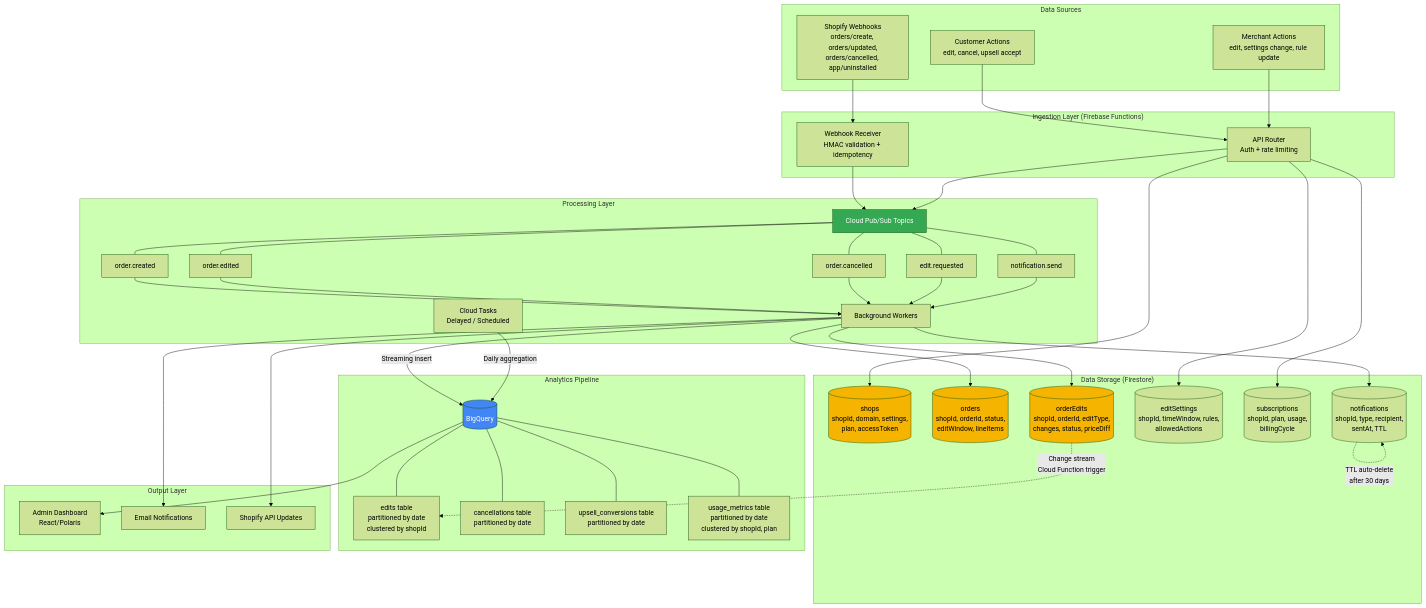
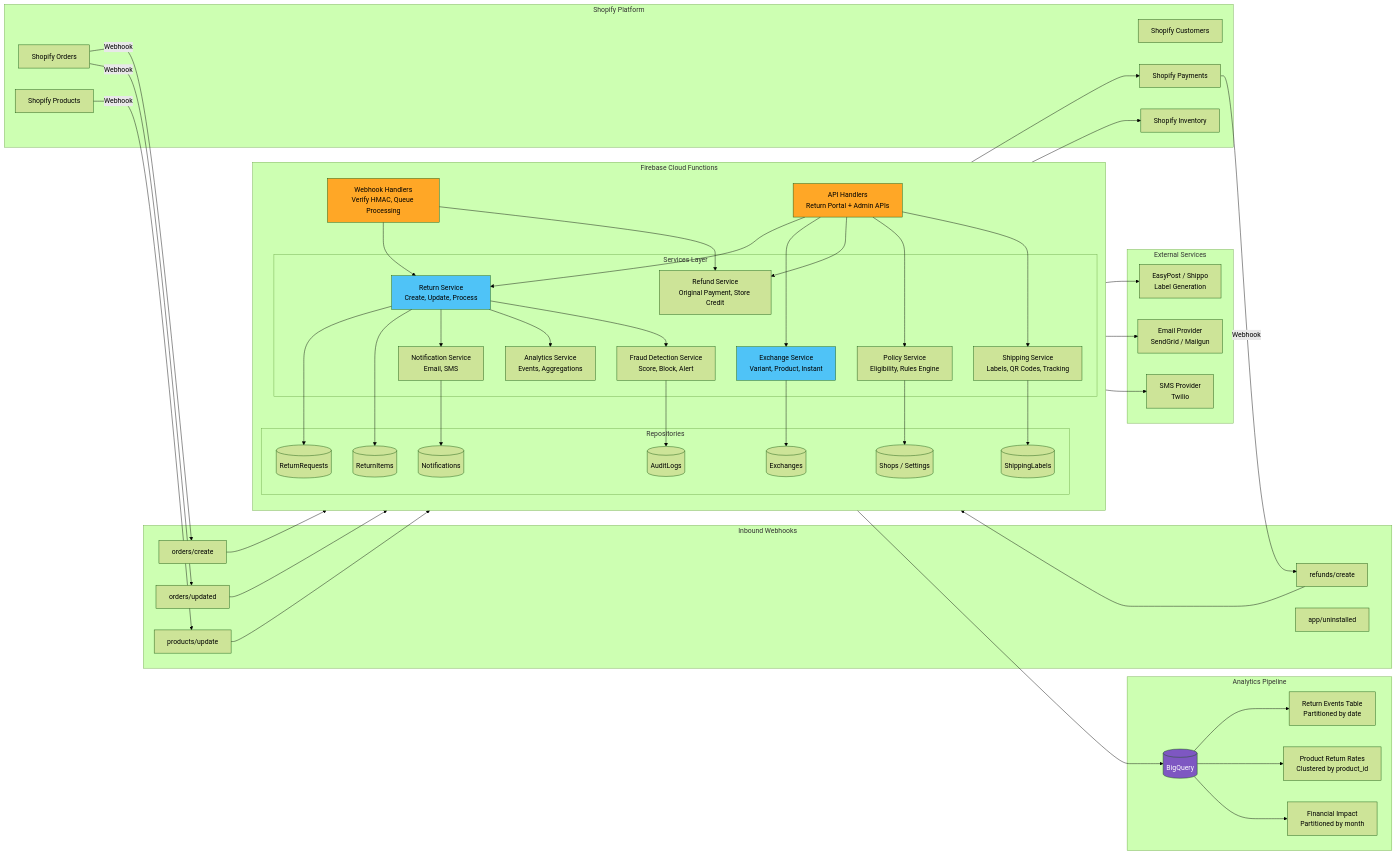
Before and after one commit to Roger-46/test: the fifth of 9 diagrams in return & exchange/research/08-diagrams.md, drawn with Mermaid (forest theme). The commit also changed other lines of this file and 14 other files, not shown here.

````diff
--- a/return & exchange/research/08-diagrams.md
+++ b/return & exchange/research/08-diagrams.md
@@ -460,90 +319,100 @@
 ```mermaid
-graph TB
-    subgraph "Data Sources"
-        SWH[Shopify Webhooks<br/>orders/create, orders/updated,<br/>orders/cancelled, app/uninstalled]
-        CUST[Customer Actions<br/>edit, cancel, upsell accept]
-        MERCH[Merchant Actions<br/>edit, settings change, rule update]
+flowchart LR
+    subgraph "Shopify Platform"
+        SO[Shopify Orders]
+        SP[Shopify Products]
+        SC[Shopify Customers]
+        SPAY[Shopify Payments]
+        SINV[Shopify Inventory]
     end
 
-    subgraph "Ingestion Layer (Firebase Functions)"
-        WHR[Webhook Receiver<br/>HMAC validation + idempotency]
-        APIR[API Router<br/>Auth + rate limiting]
+    subgraph "Inbound Webhooks"
+        WH_OC[orders/create]
+        WH_OU[orders/updated]
+        WH_RC[refunds/create]
+        WH_AU[app/uninstalled]
+        WH_PI[products/update]
     end
 
-    subgraph "Processing Layer"
-        PS[Cloud Pub/Sub Topics]
-        CT[Cloud Tasks<br/>Delayed / Scheduled]
+    subgraph "Firebase Cloud Functions"
+        direction TB
+        WH_Handler[Webhook Handlers<br/>Verify HMAC, Queue Processing]
+        API_Handler[API Handlers<br/>Return Portal + Admin APIs]
 
-        PS --- T1[order.created]
-        PS --- T2[order.edited]
-        PS --- T3[order.cancelled]
-        PS --- T4[edit.requested]
-        PS --- T5[notification.send]
+        subgraph "Services Layer"
+            RS[Return Service<br/>Create, Update, Process]
+            ES[Exchange Service<br/>Variant, Product, Instant]
+            RFS[Refund Service<br/>Original Payment, Store Credit]
+            PS[Policy Service<br/>Eligibility, Rules Engine]
+            NS[Notification Service<br/>Email, SMS]
+            SS[Shipping Service<br/>Labels, QR Codes, Tracking]
+            AS[Analytics Service<br/>Events, Aggregations]
+            FDS[Fraud Detection Service<br/>Score, Block, Alert]
+        end
 
-        BGW[Background Workers]
-        T1 --> BGW
-        T2 --> BGW
-        T3 --> BGW
-        T4 --> BGW
-        T5 --> BGW
+        subgraph "Repositories"
+            RR[(ReturnRequests)]
+            SR[(Shops / Settings)]
+            RIR[(ReturnItems)]
+            ER[(Exchanges)]
+            SLR[(ShippingLabels)]
+            NR[(Notifications)]
+            ALR[(AuditLogs)]
+        end
     end
 
-    subgraph "Data Storage (Firestore)"
-        FS_SHOPS[(shops<br/>shopId, domain, settings,<br/>plan, accessToken)]
-        FS_ORDERS[(orders<br/>shopId, orderId, status,<br/>editWindow, lineItems)]
-        FS_EDITS[(orderEdits<br/>shopId, orderId, editType,<br/>changes, status, priceDiff)]
-        FS_SETTINGS[(editSettings<br/>shopId, timeWindow, rules,<br/>allowedActions)]
-        FS_SUBS[(subscriptions<br/>shopId, plan, usage,<br/>billingCycle)]
-        FS_NOTIF[(notifications<br/>shopId, type, recipient,<br/>sentAt, TTL)]
+    subgraph "External Services"
+        EP[EasyPost / Shippo<br/>Label Generation]
+        EM[Email Provider<br/>SendGrid / Mailgun]
+        SMSP[SMS Provider<br/>Twilio]
     end
 
     subgraph "Analytics Pipeline"
         BQ[(BigQuery)]
-        BQ_EDITS[edits table<br/>partitioned by date<br/>clustered by shopId]
-        BQ_CANCEL[cancellations table<br/>partitioned by date]
-        BQ_UPSELL[upsell_conversions table<br/>partitioned by date]
-        BQ_USAGE[usage_metrics table<br/>partitioned by date<br/>clustered by shopId, plan]
-
-        BQ --- BQ_EDITS
-        BQ --- BQ_CANCEL
-        BQ --- BQ_UPSELL
-        BQ --- BQ_USAGE
+        BQ_RET[Return Events Table<br/>Partitioned by date]
+        BQ_PROD[Product Return Rates<br/>Clustered by product_id]
+        BQ_FIN[Financial Impact<br/>Partitioned by month]
     end
 
-    subgraph "Output Layer"
-        DASH[Admin Dashboard<br/>React/Polaris]
-        EMAILS[Email Notifications]
-        SAPI_OUT[Shopify API Updates]
-    end
+    SO -->|Webhook| WH_OC --> WH_Handler
+    SO -->|Webhook| WH_OU --> WH_Handler
+    SPAY -->|Webhook| WH_RC --> WH_Handler
+    SP -->|Webhook| WH_PI --> WH_Handler
 
-    SWH --> WHR
-    CUST --> APIR
-    MERCH --> APIR
+    WH_Handler --> RS
+    WH_Handler --> RFS
 
-    WHR --> PS
-    APIR --> PS
+    API_Handler --> RS
+    API_Handler --> ES
+    API_Handler --> RFS
+    API_Handler --> PS
+    API_Handler --> SS
 
-    BGW --> FS_ORDERS
-    BGW --> FS_EDITS
-    BGW --> FS_NOTIF
+    RS --> RR
+    RS --> RIR
+    RS --> NS
+    RS --> AS
+    RS --> FDS
+    ES --> ER
+    ES --> SINV
+    RFS --> SPAY
+    SS --> EP
+    SS --> SLR
+    NS --> EM
+    NS --> SMSP
+    NS --> NR
+    AS --> BQ
 
-    APIR --> FS_SHOPS
-    APIR --> FS_SETTINGS
-    APIR --> FS_SUBS
+    BQ --> BQ_RET
+    BQ --> BQ_PROD
+    BQ --> BQ_FIN
 
-    BGW -->|Streaming insert| BQ
-    CT -->|Daily aggregation| BQ
+    PS --> SR
+    FDS --> ALR
 
-    FS_EDITS -.->|Change stream<br/>Cloud Function trigger| BQ_EDITS
-    FS_NOTIF -.->|TTL auto-delete<br/>after 30 days| FS_NOTIF
-
-    BQ --> DASH
-    BGW --> EMAILS
-    BGW --> SAPI_OUT
-
-    style BQ fill:#4285f4,color:#fff
-    style PS fill:#34a853,color:#fff
-    style FS_SHOPS fill:#f4b400,color:#000
-    style FS_ORDERS fill:#f4b400,color:#000
-    style FS_EDITS fill:#f4b400,color:#000
+    style WH_Handler fill:#FFA726,color:#000
+    style API_Handler fill:#FFA726,color:#000
+    style BQ fill:#7E57C2,color:#fff
+    style RS fill:#4FC3F7,color:#000
+    style ES fill:#4FC3F7,color:#000
 ```
````
